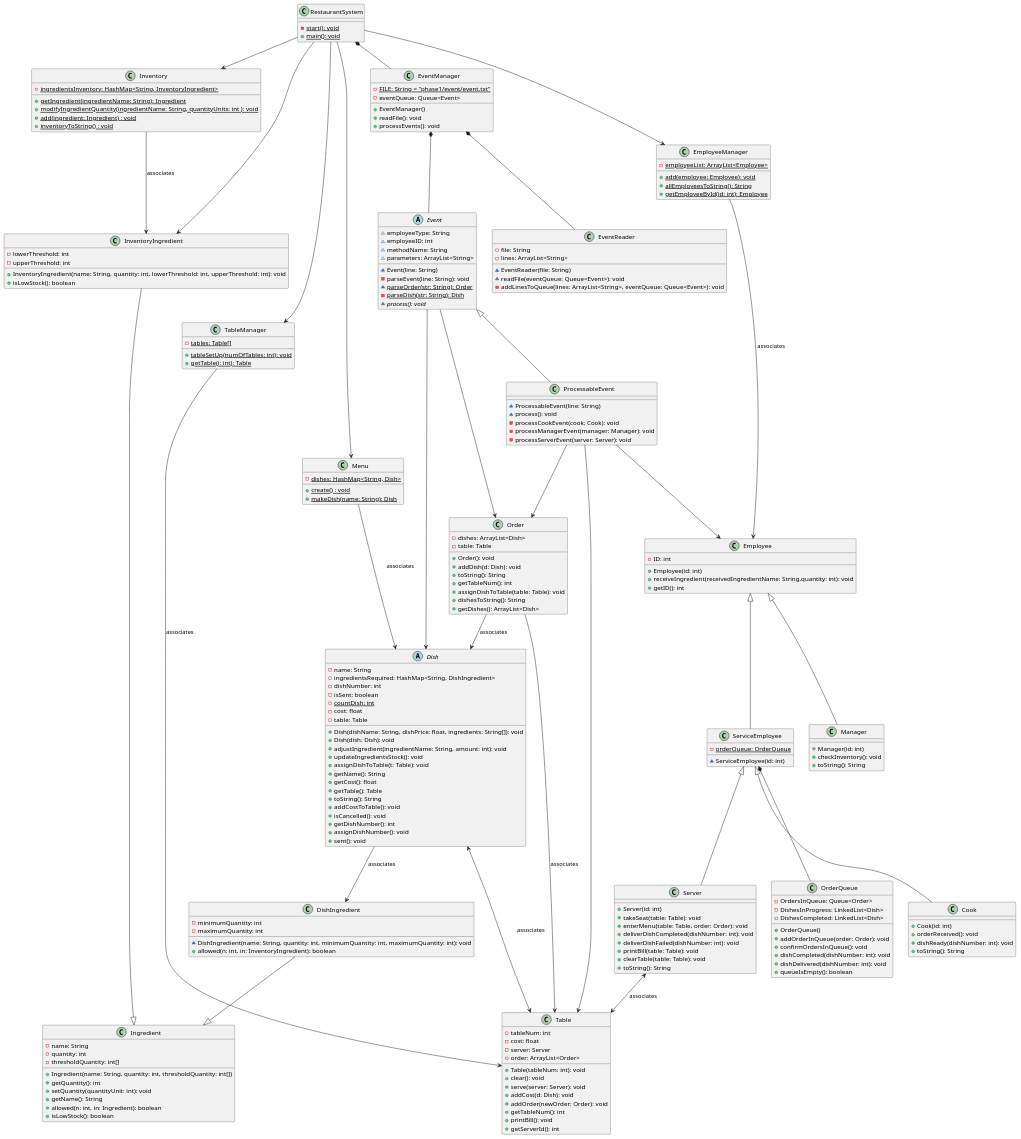
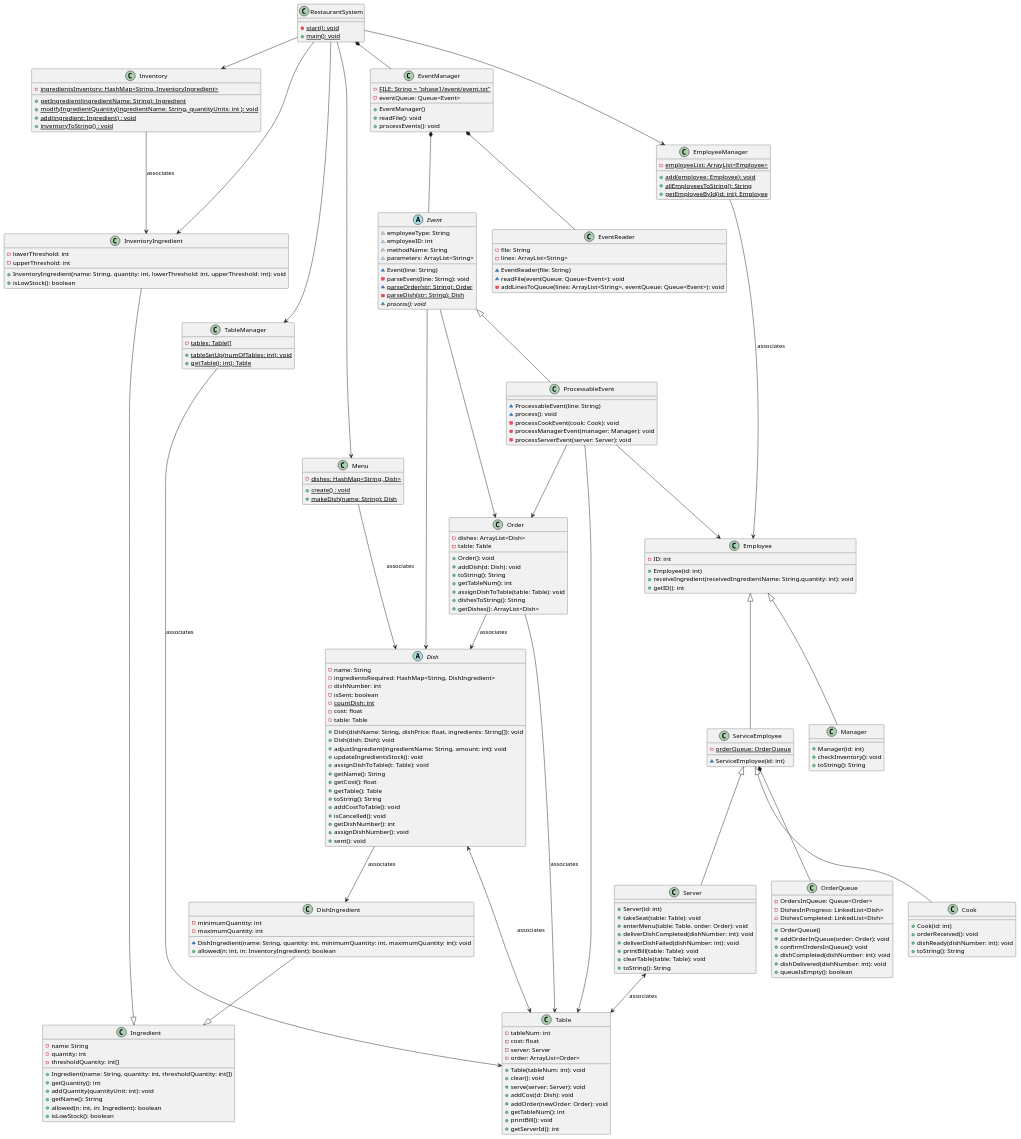
One commit to billangli/RestaurantSystem changed the diagram in phase1/etc/phase1uml.puml. Above: the diagram before and after it, drawn with PlantUML. The commit also changed 2 other files, not shown here.

Commit message:
fixing bad method name(2) and uml

```diff
--- a/phase1/etc/phase1uml.puml
+++ b/phase1/etc/phase1uml.puml
@@ -99,7 +99,7 @@
 - thresholdQuantity: int[]
 + Ingredient(name: String, quantity: int, thresholdQuantity: int[])
 + getQuantity(): int
-+ setQuantity(quantityUnit: int): void
++ addQuantity(quantityUnit: int): void
 + getName(): String
 + allowed(n: int, in: Ingredient): boolean
 + isLowStock(): boolean
```
